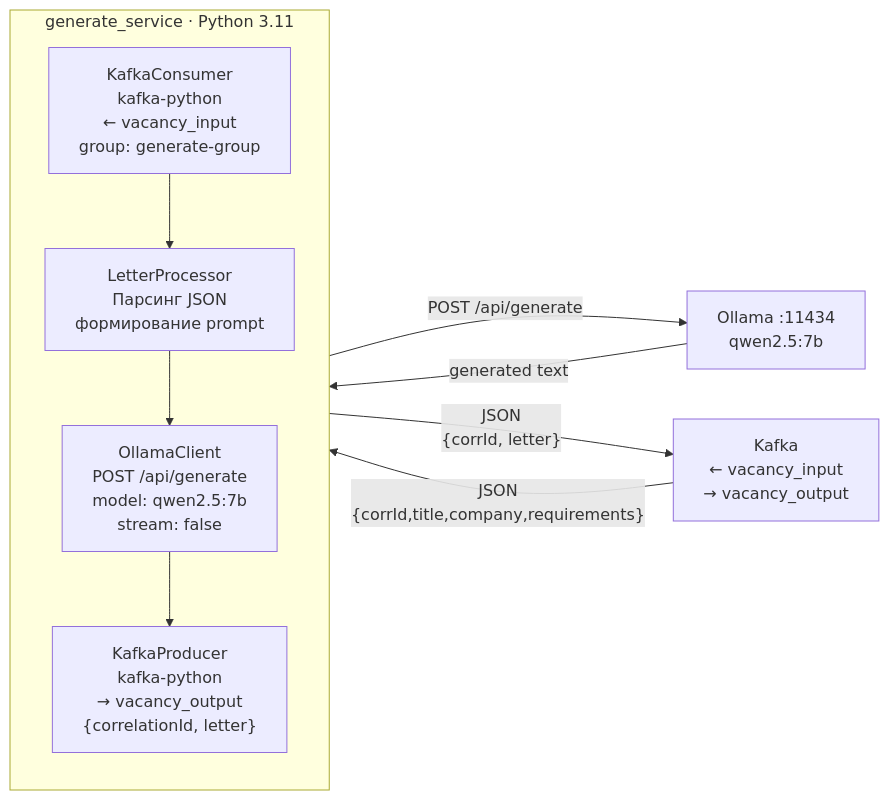
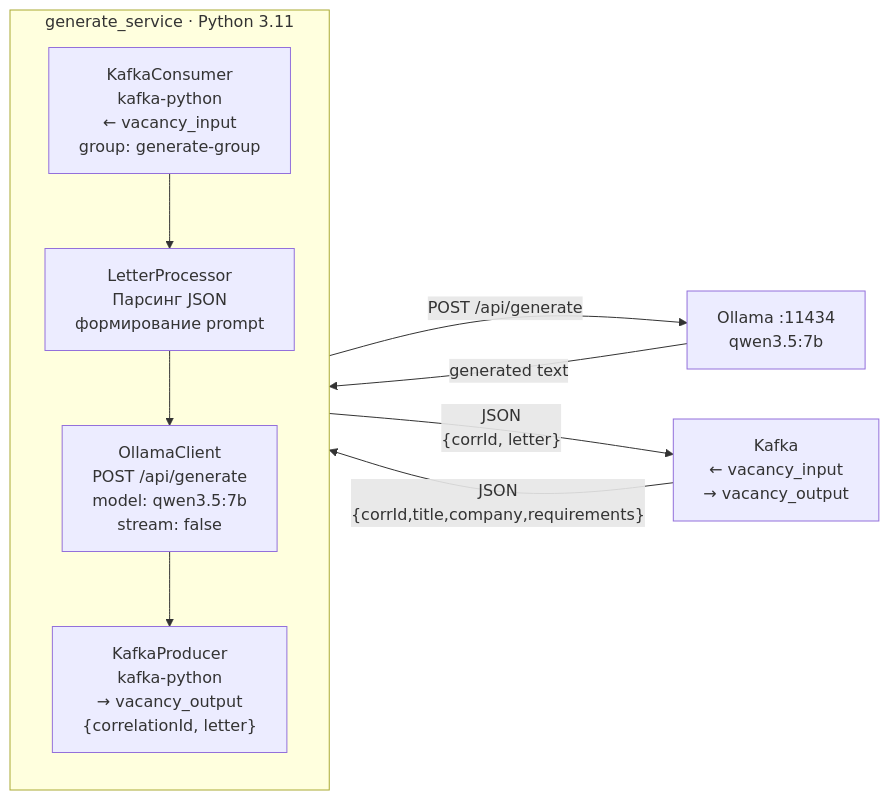
Before and after one commit to ForpoS7/autoresponse_system: the third of 4 diagrams in docs/c4/05_components.md, drawn with Mermaid. The commit also changed other lines of this file and 7 other files, not shown here.

````diff
--- a/docs/c4/05_components.md
+++ b/docs/c4/05_components.md
@@ -84,21 +89,21 @@
 ```mermaid
 flowchart LR
     subgraph GEN_SVC["generate_service · Python 3.11"]
         direction TB
         CONS["KafkaConsumer\nkafka-python\n← vacancy_input\ngroup: generate-group"]
         PROC["LetterProcessor\nПарсинг JSON\nформирование prompt"]
-        OLLAMA_CL["OllamaClient\nPOST /api/generate\nmodel: qwen2.5:7b\nstream: false"]
+        OLLAMA_CL["OllamaClient\nPOST /api/generate\nmodel: qwen3.5:7b\nstream: false"]
         PROD["KafkaProducer\nkafka-python\n→ vacancy_output\n{correlationId, letter}"]
     end
 
     KAFKA_G["Kafka\n← vacancy_input\n→ vacancy_output"]
-    OLLAMA_G["Ollama :11434\nqwen2.5:7b"]
+    OLLAMA_G["Ollama :11434\nqwen3.5:7b"]
 
     KAFKA_G -->|"JSON\n{corrId,title,company,requirements}"| CONS
     CONS --> PROC
     PROC --> OLLAMA_CL
     OLLAMA_CL -->|"POST /api/generate"| OLLAMA_G
     OLLAMA_G -->|"generated text"| OLLAMA_CL
     OLLAMA_CL --> PROD
     PROD -->|"JSON\n{corrId, letter}"| KAFKA_G
 ```
````
